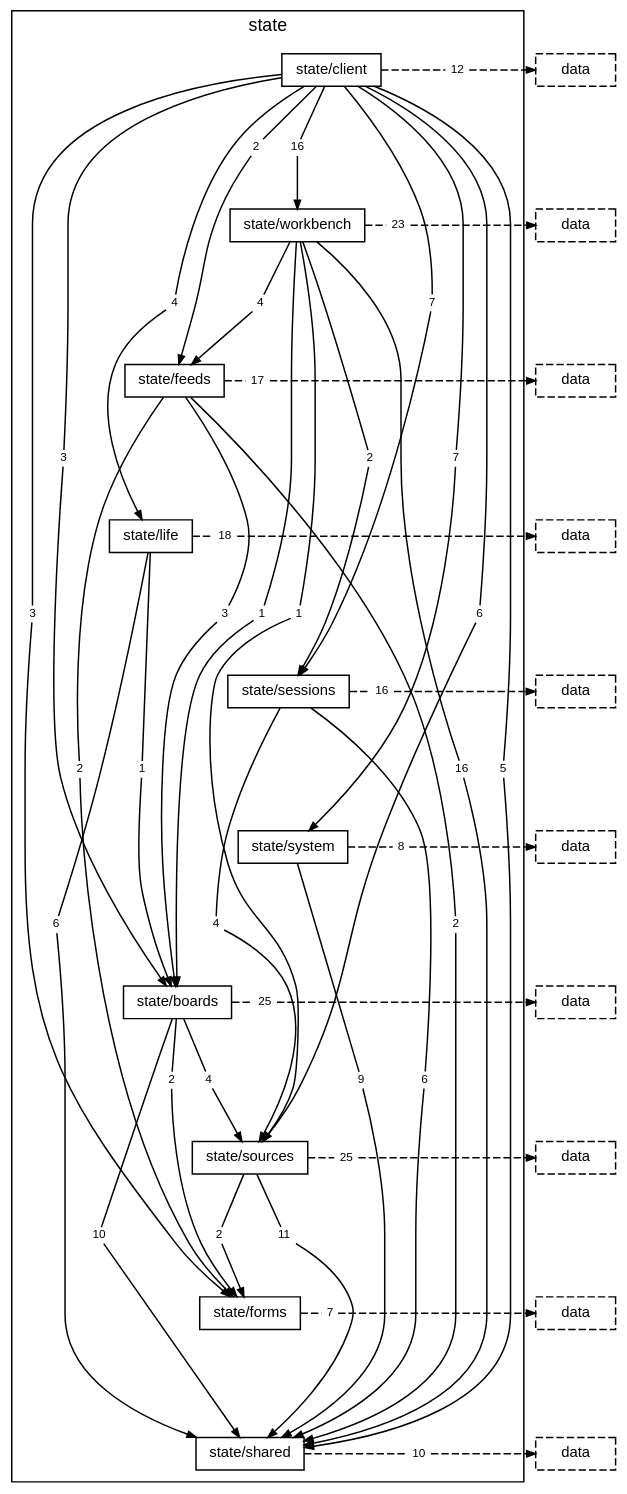
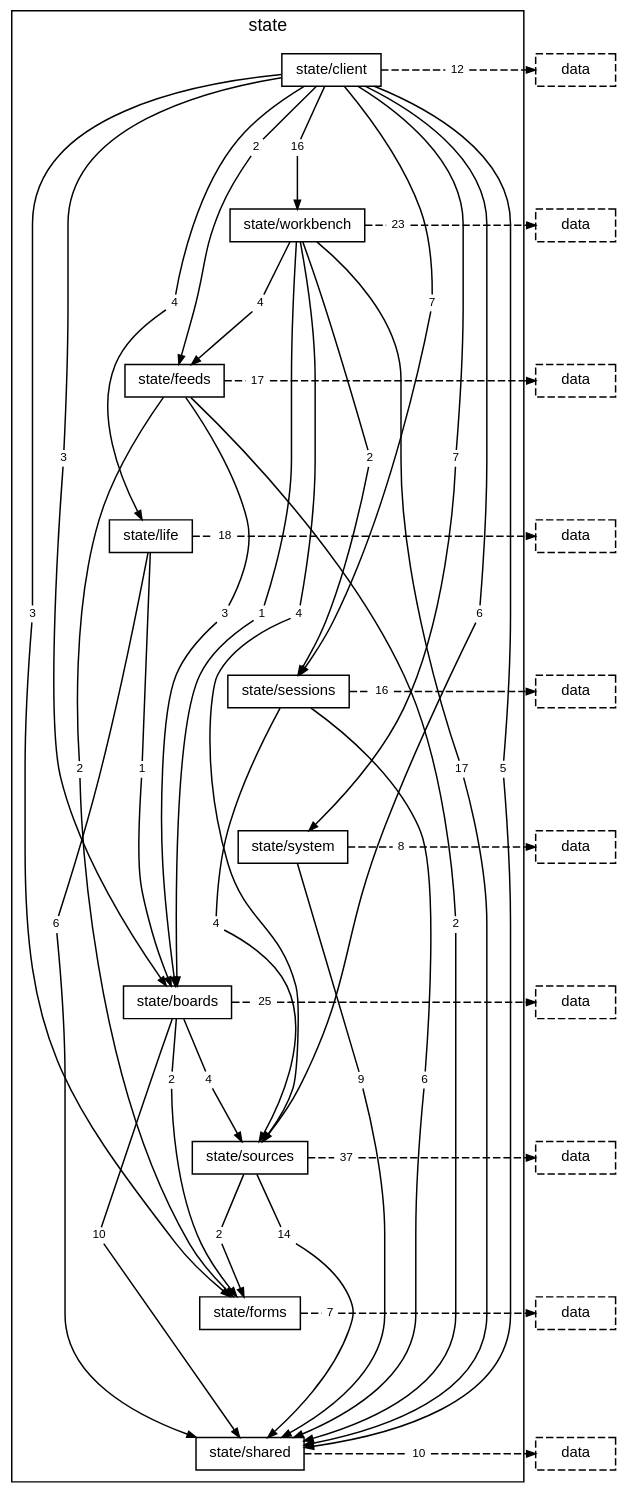
The diagram in docs/diagrams/layer-state.dot (TheAxeC/oculus), drawn with Graphviz before and after one commit. The commit also changed 303 other files, not shown here.

```diff
--- a/docs/diagrams/layer-state.dot
+++ b/docs/diagrams/layer-state.dot
@@ -27,8 +27,8 @@
         "folder state/workbench to folder state/boards" [label="1", shape=box, color="transparent", fontsize=8, width=0, height=0, margin="0.04,0.02"];
         "folder state/workbench to folder state/feeds" [label="4", shape=box, color="transparent", fontsize=8, width=0, height=0, margin="0.04,0.02"];
         "folder state/workbench to folder state/sessions" [label="2", shape=box, color="transparent", fontsize=8, width=0, height=0, margin="0.04,0.02"];
-        "folder state/workbench to folder state/shared" [label="16", shape=box, color="transparent", fontsize=8, width=0, height=0, margin="0.04,0.02"];
-        "folder state/workbench to folder state/sources" [label="1", shape=box, color="transparent", fontsize=8, width=0, height=0, margin="0.04,0.02"];
+        "folder state/workbench to folder state/shared" [label="17", shape=box, color="transparent", fontsize=8, width=0, height=0, margin="0.04,0.02"];
+        "folder state/workbench to folder state/sources" [label="4", shape=box, color="transparent", fontsize=8, width=0, height=0, margin="0.04,0.02"];
         "folder state/workbench to layer data" [label="23", shape=box, color="transparent", fontsize=8, width=0, height=0, margin="0.04,0.02"];
         "folder state/feeds to folder state/boards" [label="3", shape=box, color="transparent", fontsize=8, width=0, height=0, margin="0.04,0.02"];
         "folder state/feeds to folder state/forms" [label="2", shape=box, color="transparent", fontsize=8, width=0, height=0, margin="0.04,0.02"];
@@ -47,8 +47,8 @@
         "folder state/boards to folder state/sources" [label="4", shape=box, color="transparent", fontsize=8, width=0, height=0, margin="0.04,0.02"];
         "folder state/boards to layer data" [label="25", shape=box, color="transparent", fontsize=8, width=0, height=0, margin="0.04,0.02"];
         "folder state/sources to folder state/forms" [label="2", shape=box, color="transparent", fontsize=8, width=0, height=0, margin="0.04,0.02"];
-        "folder state/sources to folder state/shared" [label="11", shape=box, color="transparent", fontsize=8, width=0, height=0, margin="0.04,0.02"];
-        "folder state/sources to layer data" [label="25", shape=box, color="transparent", fontsize=8, width=0, height=0, margin="0.04,0.02"];
+        "folder state/sources to folder state/shared" [label="14", shape=box, color="transparent", fontsize=8, width=0, height=0, margin="0.04,0.02"];
+        "folder state/sources to layer data" [label="37", shape=box, color="transparent", fontsize=8, width=0, height=0, margin="0.04,0.02"];
         "folder state/forms to layer data" [label="7", shape=box, color="transparent", fontsize=8, width=0, height=0, margin="0.04,0.02"];
         "folder state/shared to layer data" [label="10", shape=box, color="transparent", fontsize=8, width=0, height=0, margin="0.04,0.02"];
     }
```
